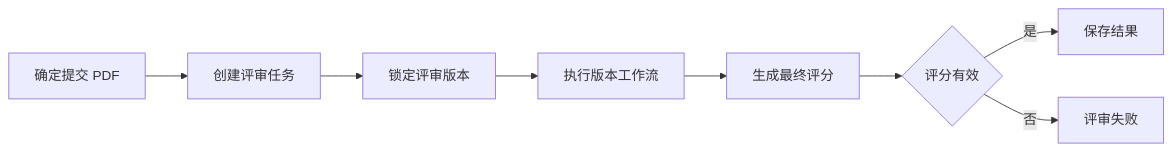
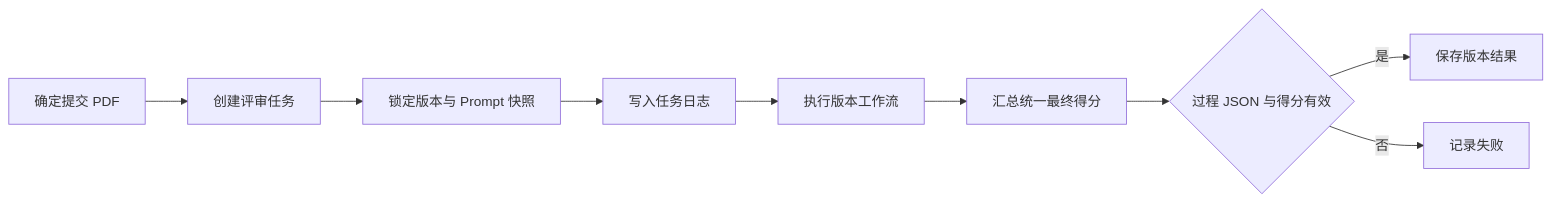
Before and after one commit to Dorian7Alden/LeetModel: the diagram in docs/project/03-微服务设计/ai-review-service/AI评审/执行流程.md, drawn with Mermaid. The commit also changed other lines of this file and 19 other files, not shown here.

````diff
--- a/docs/project/03-微服务设计/ai-review-service/AI评审/执行流程.md
+++ b/docs/project/03-微服务设计/ai-review-service/AI评审/执行流程.md
@@ -3,10 +3,11 @@
 ```mermaid
 flowchart LR
     A[确定提交 PDF] --> B[创建评审任务]
-    B --> C[锁定评审版本]
-    C --> D[执行版本工作流]
-    D --> E[生成最终评分]
-    E --> F{评分有效}
-    F -->|是| G[保存结果]
-    F -->|否| H[评审失败]
+    B --> C[锁定版本与 Prompt 快照]
+    C --> D[写入任务日志]
+    D --> E[执行版本工作流]
+    E --> F[汇总统一最终得分]
+    F --> G{过程 JSON 与得分有效}
+    G -->|是| H[保存版本结果]
+    G -->|否| I[记录失败]
 ```
````
